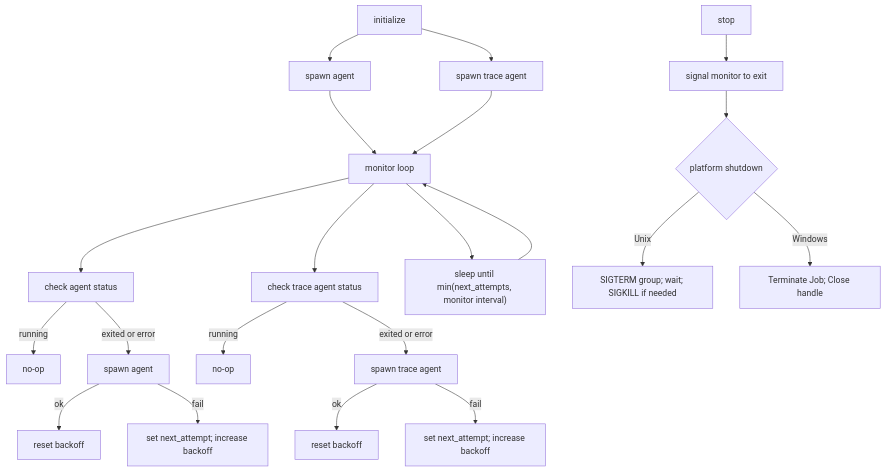
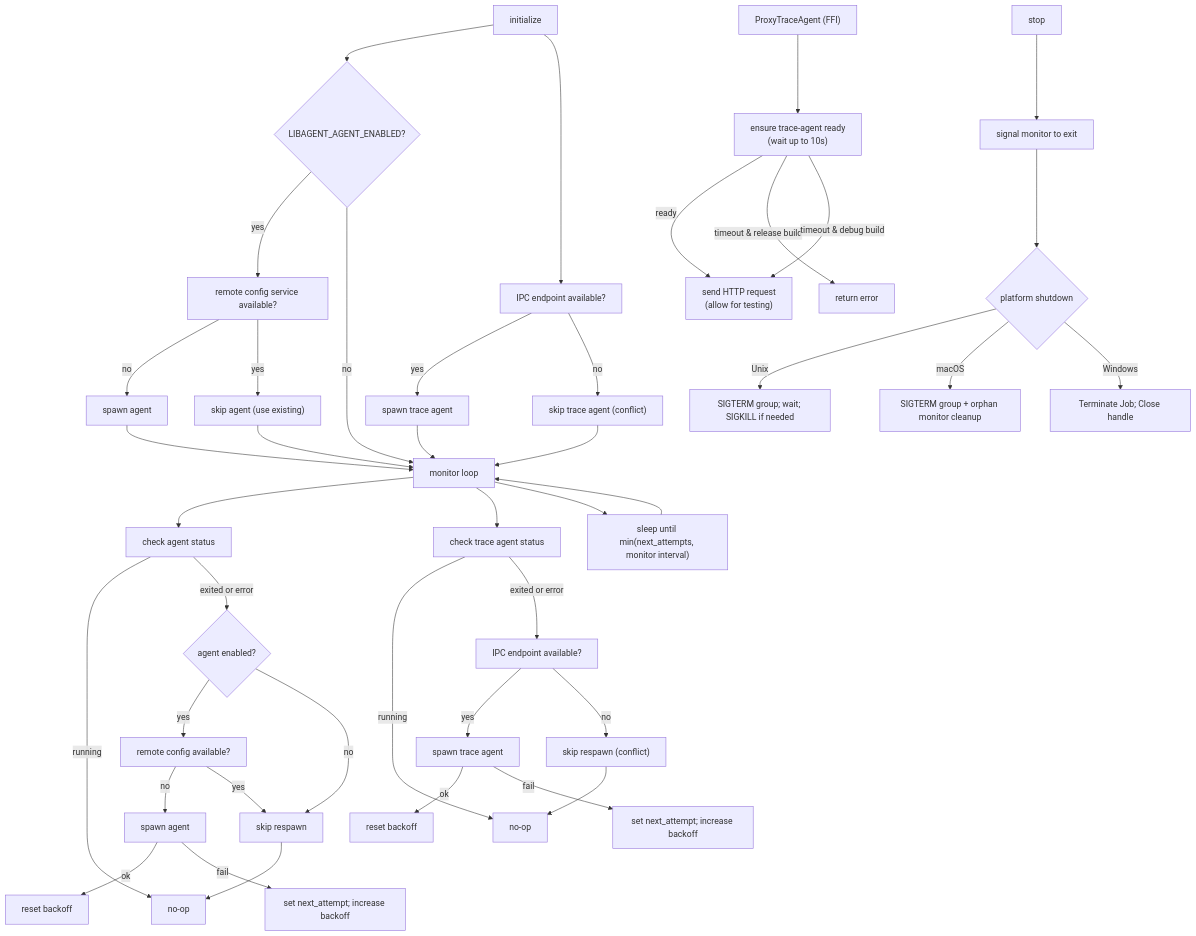
One commit to tonyredondo/libagent changed the diagram in ARCHITECTURE.md. Above: the diagram before and after it, drawn with Mermaid. The commit also changed other lines of this file and 13 other files, not shown here.

````diff
--- a/ARCHITECTURE.md
+++ b/ARCHITECTURE.md
@@ -32,28 +42,53 @@
 ```mermaid
 flowchart TD
-    init["initialize"] --> spawn_agent["spawn agent"]
-    init --> spawn_trace["spawn trace agent"]
-    spawn_agent --> monitor["monitor loop"]
+    init["initialize"] --> check_agent_enabled{"LIBAGENT_AGENT_ENABLED?"}
+    check_agent_enabled -->|yes| check_remote_config["remote config service available?"]
+    check_agent_enabled -->|no| monitor["monitor loop"]
+
+    check_remote_config -->|no| spawn_agent["spawn agent"]
+    check_remote_config -->|yes| skip_agent["skip agent (use existing)"]
+    skip_agent --> monitor
+
+    init --> check_ipc_conflict["IPC endpoint available?"]
+    check_ipc_conflict -->|yes| spawn_trace["spawn trace agent"]
+    check_ipc_conflict -->|no| skip_trace["skip trace agent (conflict)"]
+    skip_trace --> monitor
+
+    spawn_agent --> monitor
     spawn_trace --> monitor
-
     monitor --> check_agent["check agent status"]
     monitor --> check_trace["check trace agent status"]
 
     check_agent -->|running| noop1["no-op"]
-    check_agent -->|exited or error| respawn_agent["spawn agent"]
+    check_agent -->|exited or error| check_agent_enabled2{"agent enabled?"}
+    check_agent_enabled2 -->|yes| check_remote_config2["remote config available?"]
+    check_agent_enabled2 -->|no| skip_respawn_agent["skip respawn"]
+    check_remote_config2 -->|no| respawn_agent["spawn agent"]
+    check_remote_config2 -->|yes| skip_respawn_agent
+    skip_respawn_agent --> noop1
+
+    check_trace -->|running| noop2["no-op"]
+    check_trace -->|exited or error| check_ipc_conflict2["IPC endpoint available?"]
+    check_ipc_conflict2 -->|yes| respawn_trace["spawn trace agent"]
+    check_ipc_conflict2 -->|no| skip_respawn_trace["skip respawn (conflict)"]
+    skip_respawn_trace --> noop2
+
     respawn_agent -->|ok| reset1["reset backoff"]
     respawn_agent -->|fail| backoff1["set next_attempt; increase backoff"]
-
-    check_trace -->|running| noop2["no-op"]
-    check_trace -->|exited or error| respawn_trace["spawn trace agent"]
     respawn_trace -->|ok| reset2["reset backoff"]
     respawn_trace -->|fail| backoff2["set next_attempt; increase backoff"]
 
     monitor --> sleep["sleep until min(next_attempts, monitor interval)"]
     sleep --> monitor
 
+    proxy["ProxyTraceAgent (FFI)"] --> ensure_ready["ensure trace-agent ready\n(wait up to 10s)"]
+    ensure_ready -->|ready| send_request["send HTTP request"]
+    ensure_ready -->|timeout & release build| proxy_error["return error"]
+    ensure_ready -->|timeout & debug build| send_request["send HTTP request\n(allow for testing)"]
+
     stop["stop"] --> signal["signal monitor to exit"]
     signal --> shutdown{"platform shutdown"}
     shutdown -->|Unix| unix["SIGTERM group; wait; SIGKILL if needed"]
+    shutdown -->|macOS| macos["SIGTERM group + orphan monitor cleanup"]
     shutdown -->|Windows| win["Terminate Job; Close handle"]
 ```
````
